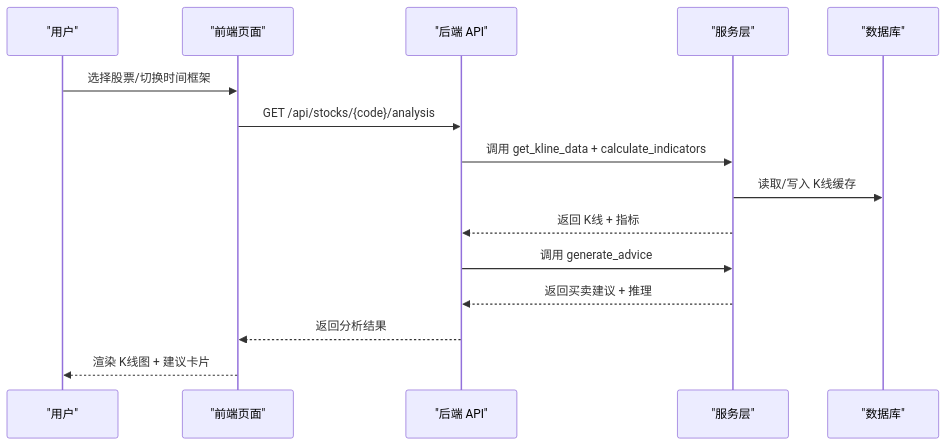
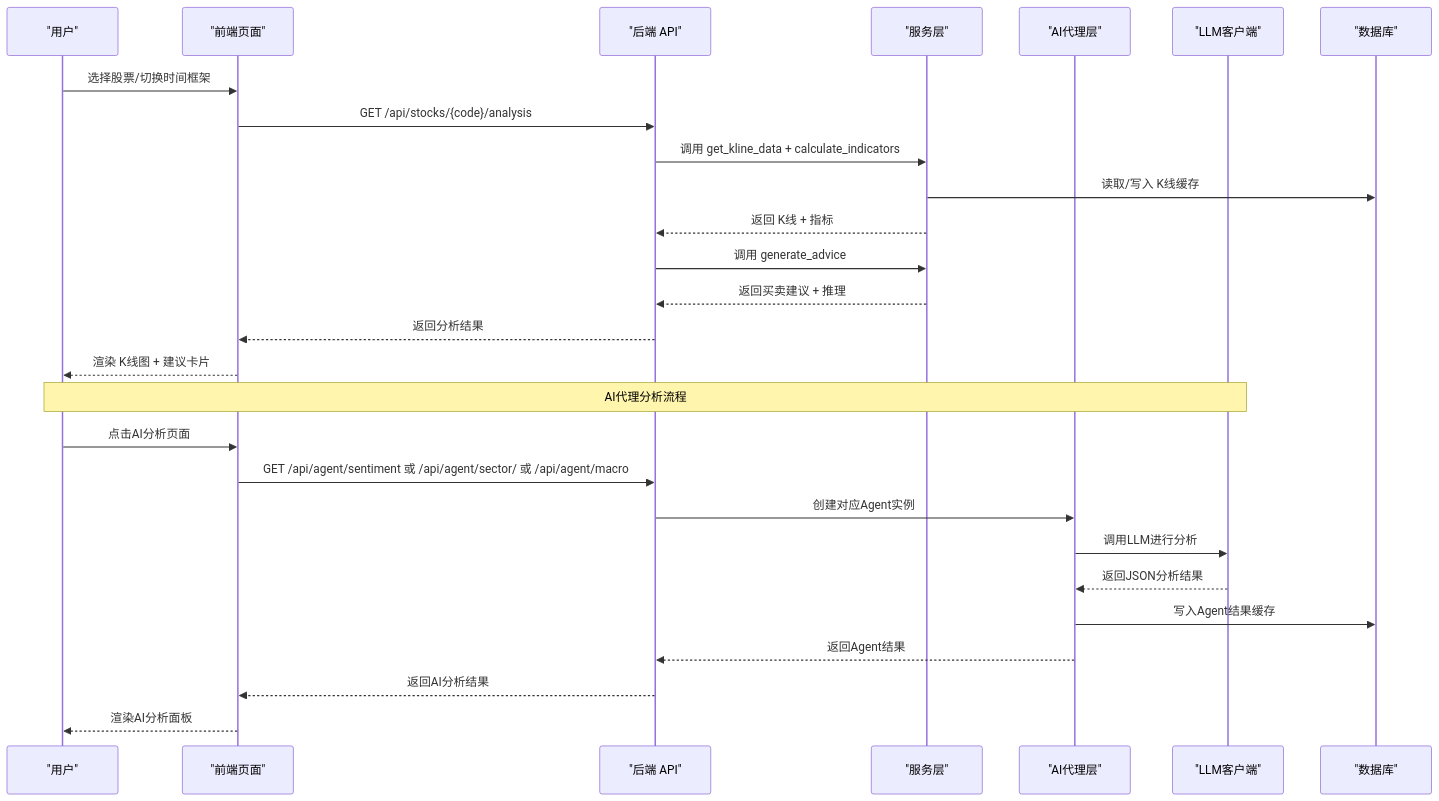
One commit to Moruime/stock_foker changed the second of 11 diagrams in .qoder/repowiki/zh/content/核心功能/核心功能.md. Above: the diagram before and after it, drawn with Mermaid. The commit also changed other lines of this file and 52 other files, not shown here.

````diff
--- a/.qoder/repowiki/zh/content/核心功能/核心功能.md
+++ b/.qoder/repowiki/zh/content/核心功能/核心功能.md
@@ -137,17 +133,29 @@
 ```mermaid
 sequenceDiagram
 participant U as "用户"
 participant FE as "前端页面"
 participant API as "后端 API"
 participant SVC as "服务层"
+participant AG as "AI代理层"
+participant LLM as "LLM客户端"
 participant DB as "数据库"
 U->>FE : 选择股票/切换时间框架
 FE->>API : GET /api/stocks/{code}/analysis
 API->>SVC : 调用 get_kline_data + calculate_indicators
 SVC->>DB : 读取/写入 K线缓存
 SVC-->>API : 返回 K线 + 指标
 API->>SVC : 调用 generate_advice
 SVC-->>API : 返回买卖建议 + 推理
 API-->>FE : 返回分析结果
 FE-->>U : 渲染 K线图 + 建议卡片
+Note over U,LLM : AI代理分析流程
+U->>FE : 点击AI分析页面
+FE->>API : GET /api/agent/sentiment 或 /api/agent/sector/ 或 /api/agent/macro
+API->>AG : 创建对应Agent实例
+AG->>LLM : 调用LLM进行分析
+LLM-->>AG : 返回JSON分析结果
+AG->>DB : 写入Agent结果缓存
+AG-->>API : 返回Agent结果
+API-->>FE : 返回AI分析结果
+FE-->>U : 渲染AI分析面板
 ```
````
